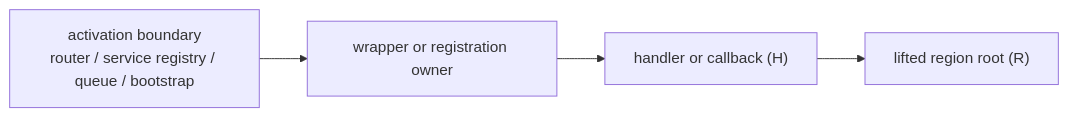
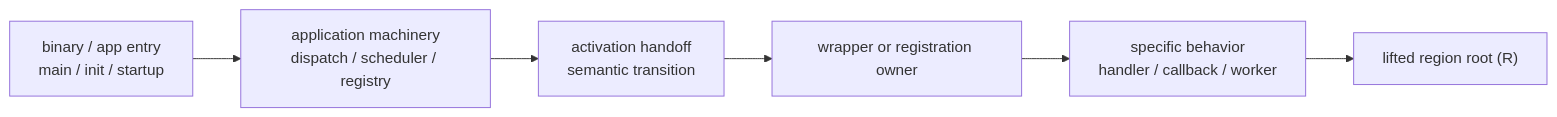
Before and after one commit to tgoodwin/monolift: the second of 3 diagrams in docs/site/docs/entrypath-bridge.md, drawn with Mermaid. The commit also changed other lines of this file and 2 other files, not shown here.

Commit message:
Clarify activation handoff docs

````diff
--- a/docs/site/docs/entrypath-bridge.md
+++ b/docs/site/docs/entrypath-bridge.md
@@ -139,6 +175,8 @@
 ```mermaid
 flowchart LR
-    B["activation boundary<br/>router / service registry / queue / bootstrap"] --> W["wrapper or registration owner"]
-    W --> H["handler or callback (H)"]
+    A["binary / app entry<br/>main / init / startup"] --> B["application machinery<br/>dispatch / scheduler / registry"]
+    B --> C["activation handoff<br/>semantic transition"]
+    C --> W["wrapper or registration owner"]
+    W --> H["specific behavior<br/>handler / callback / worker"]
     H --> R["lifted region root (R)"]
 ```
````
